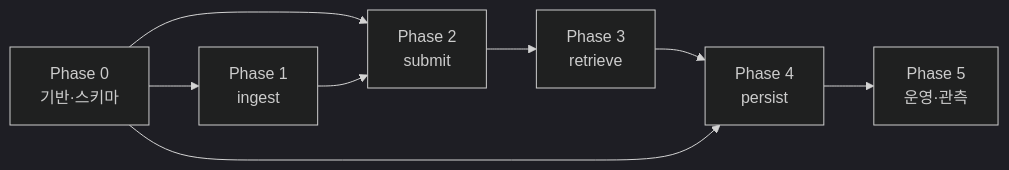
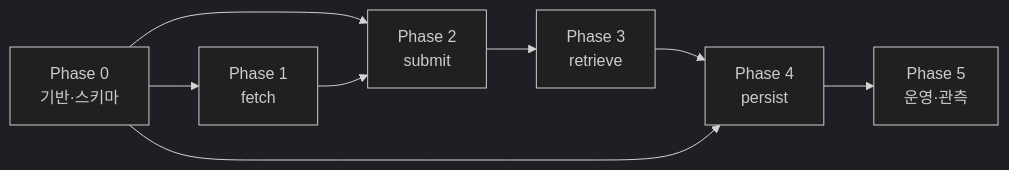
Before and after one commit to tkddnr1022/mealio: the diagram in agent/backend/recipe_ingestion_plan.md, drawn with Mermaid (dark theme). The commit also changed other lines of this file and 15 other files, not shown here.

First line of the commit message:
Feat: refactor recipe ingestion phase 1 - fetch

````diff
--- a/agent/backend/recipe_ingestion_plan.md
+++ b/agent/backend/recipe_ingestion_plan.md
@@ -75,10 +76,10 @@
 ```mermaid
 flowchart LR
-  P0[Phase 0<br/>기반·스키마] --> P1[Phase 1<br/>ingest]
+  P0[Phase 0<br/>기반·스키마] --> P1[Phase 1<br/>fetch]
   P0 --> P2[Phase 2<br/>submit]
   P1 --> P2
   P2 --> P3[Phase 3<br/>retrieve]
   P3 --> P4[Phase 4<br/>persist]
   P4 --> P5[Phase 5<br/>운영·관측]
   P0 --> P4
 ```
````
